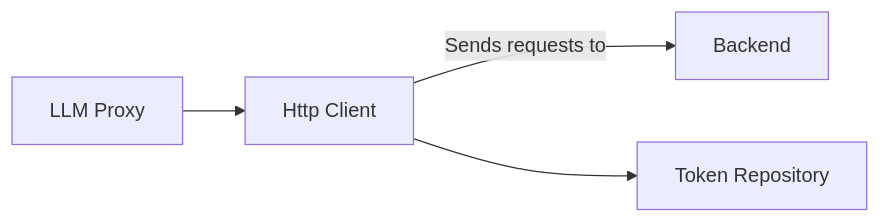
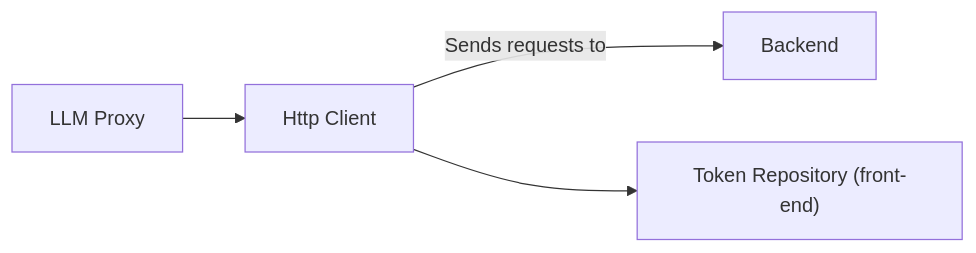
The sixth of 7 diagrams in design-docs/001-simple-authentication.md (GautierBlandin/context-gpt), drawn with Mermaid before and after one commit. The commit also changed other lines of this file, not shown here.

````diff
--- a/design-docs/001-simple-authentication.md
+++ b/design-docs/001-simple-authentication.md
@@ -120,6 +125,6 @@
 ```mermaid
 graph LR
 LLMProxy[LLM Proxy] --> HttpClient[Http Client]
 HttpClient --Sends requests to --> Backend[Backend]
-HttpClient --> TokenRepository[Token Repository]
+HttpClient --> TokenRepository["Token Repository (front-end)"]
 ```
````
